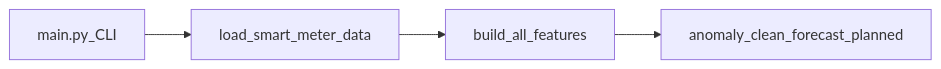
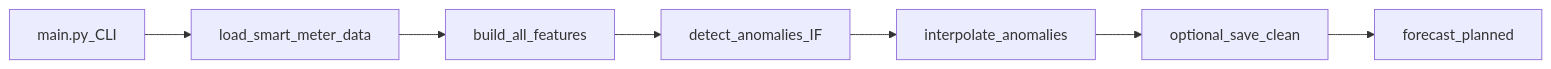
The diagram in docs/e2e-pipeline.md (mj-weshh/energy-anomaly-forecasting), drawn with Mermaid before and after one commit. The commit also changed other lines of this file and 10 other files, not shown here.

Commit message:
docs: sync E2E pipeline docs for Week 8 Day 3 detect and clean

````diff
--- a/docs/e2e-pipeline.md
+++ b/docs/e2e-pipeline.md
@@ -33,6 +35,9 @@
 ```mermaid
 flowchart LR
   cli[main.py_CLI] --> ingest[load_smart_meter_data]
   ingest --> feats[build_all_features]
-  feats --> later[anomaly_clean_forecast_planned]
+  feats --> detect[detect_anomalies_IF]
+  detect --> clean[interpolate_anomalies]
+  clean --> saveOpt[optional_save_clean]
+  saveOpt --> forecastLater[forecast_planned]
 ```
````
